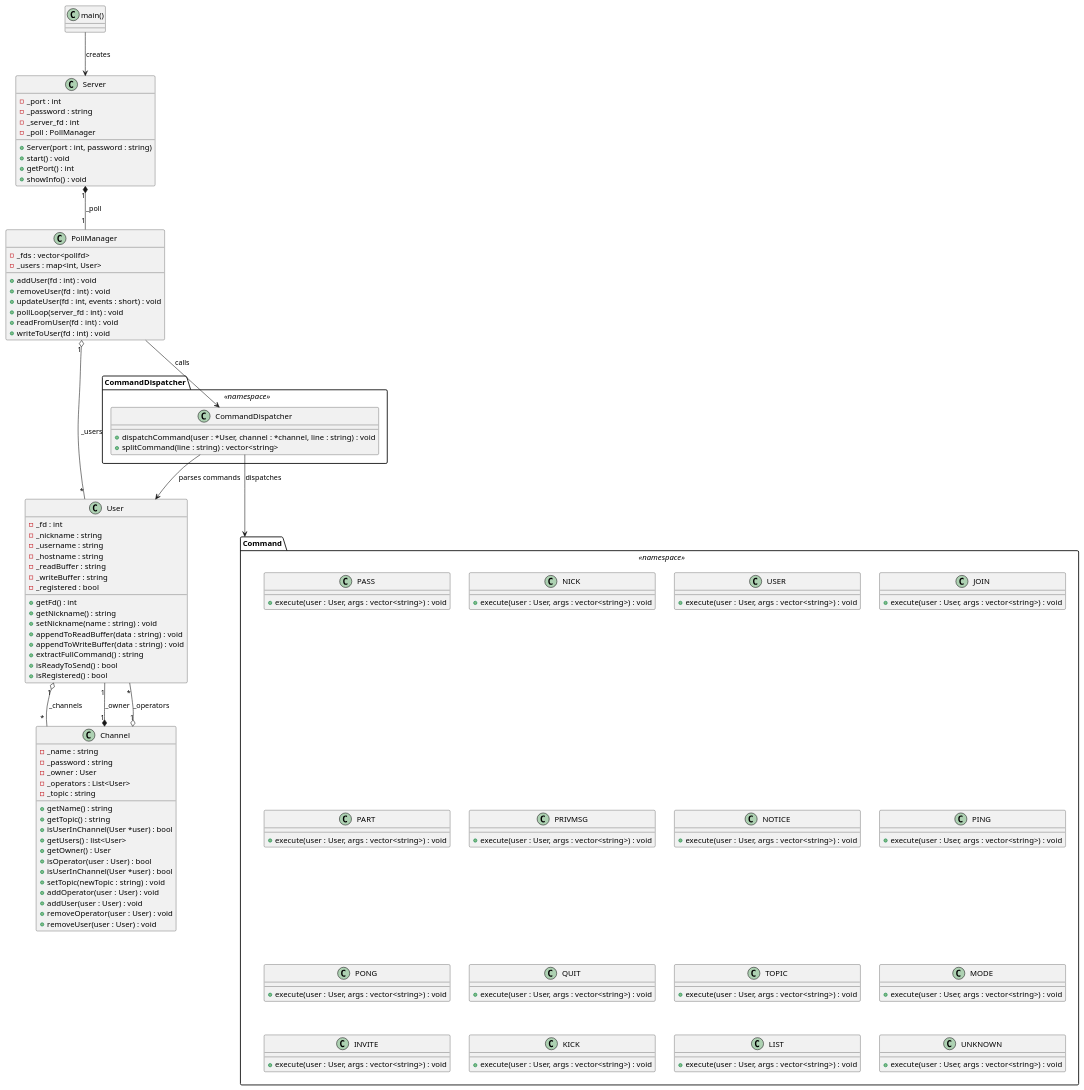
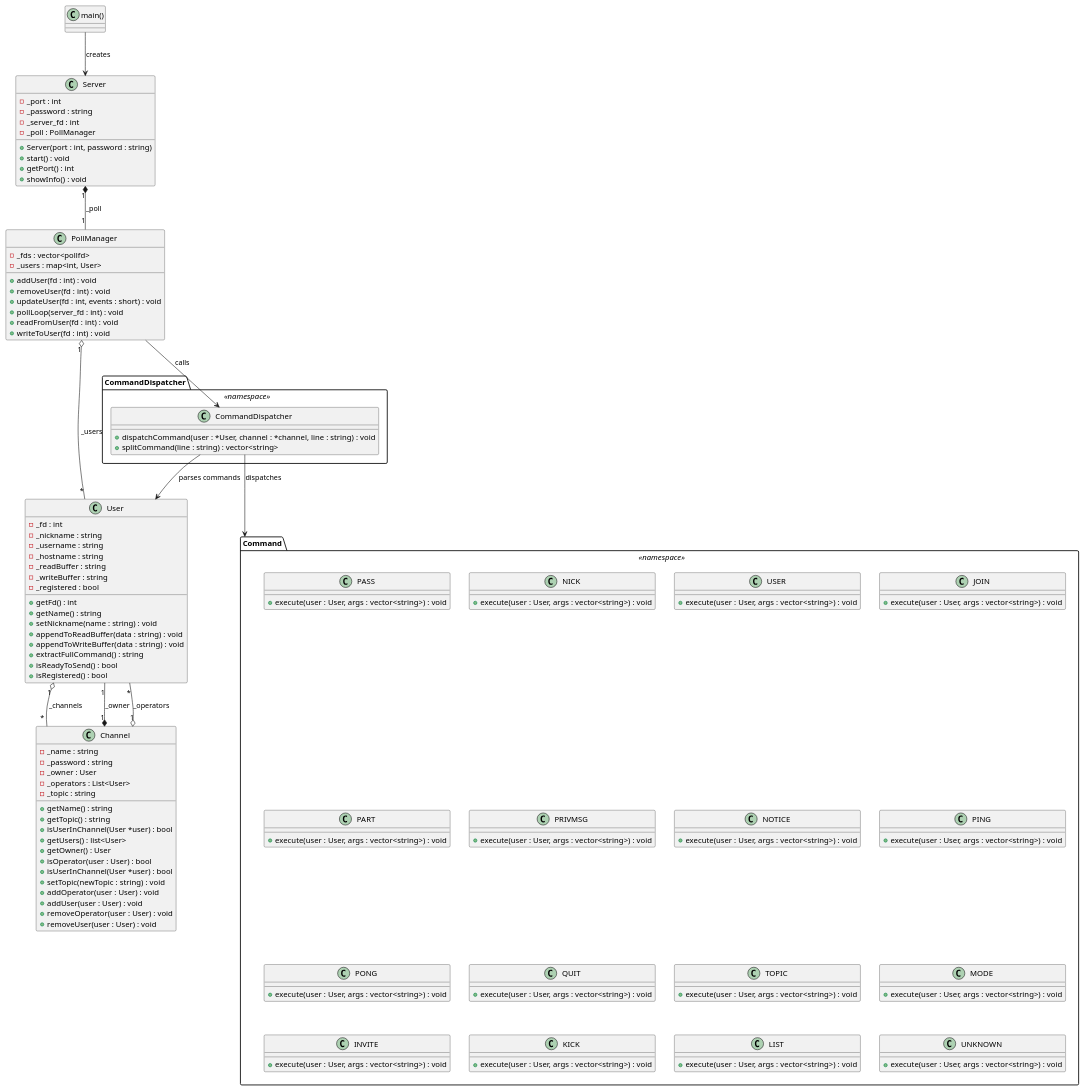
One commit to EniumRaphael/ft_irc changed the diagram in diagram.puml. Above: the diagram before and after it, drawn with PlantUML. The commit also changed 5 other files, not shown here.

Commit message:
style(user): changing the getter nickname for getName()

```diff
--- a/diagram.puml
+++ b/diagram.puml
@@ -1,161 +1,161 @@
 @startuml "IRC Server - Detailed UML"
 
 ' ========================
 '         ENTRY: main()
 ' ========================
 class "main()"
 
 ' ========================
 '         CLASS: Server
 ' ========================
 class Server {
     - _port : int
     - _password : string
     - _server_fd : int
     - _poll : PollManager
 
     + Server(port : int, password : string)
     + start() : void
     + getPort() : int
     + showInfo() : void
 }
 
 ' ============================
 '         CLASS: PollManager
 ' ============================
 class PollManager {
     - _fds : vector<pollfd>
     - _users : map<int, User>
 
     + addUser(fd : int) : void
     + removeUser(fd : int) : void
     + updateUser(fd : int, events : short) : void
     + pollLoop(server_fd : int) : void
     + readFromUser(fd : int) : void
     + writeToUser(fd : int) : void
 }
 
 ' ========================
 '         CLASS: User
 ' ========================
 class User {
     - _fd : int
     - _nickname : string
     - _username : string
     - _hostname : string
     - _readBuffer : string
     - _writeBuffer : string
     - _registered : bool
 
     + getFd() : int
-    + getNickname() : string
+    + getName() : string
     + setNickname(name : string) : void
     + appendToReadBuffer(data : string) : void
     + appendToWriteBuffer(data : string) : void
     + extractFullCommand() : string
     + isReadyToSend() : bool
     + isRegistered() : bool
 }
 
 ' ========================
 '         CLASS: Channel
 ' ========================
 class Channel {
     - _name : string
     - _password : string
     - _owner : User
     - _operators : List<User>
     - _topic : string
 
     + getName() : string
 	+ getTopic() : string
 	+ isUserInChannel(User *user) : bool
 	+ getUsers() : list<User>
 	+ getOwner() : User
     + isOperator(user : User) : bool
 	+ isUserInChannel(User *user) : bool
     + setTopic(newTopic : string) : void
     + addOperator(user : User) : void
 	+ addUser(user : User) : void
     + removeOperator(user : User) : void
 	+ removeUser(user : User) : void
 }
 
 ' ====================================
 '  NAMESPACE: CommandDispatcher (static)
 ' ====================================
 package "CommandDispatcher" <<namespace>> {
     class CommandDispatcher {
         + dispatchCommand(user : *User, channel : *channel, line : string) : void
         + splitCommand(line : string) : vector<string>
     }
 }
 
 ' =============================
 '      NAMESPACE: Command
 ' =============================
 package "Command" <<namespace>> {
     class PASS {
         + execute(user : User, args : vector<string>) : void
     }
     class NICK {
         + execute(user : User, args : vector<string>) : void
     }
     class USER {
         + execute(user : User, args : vector<string>) : void
     }
     class JOIN {
         + execute(user : User, args : vector<string>) : void
     }
     class PART {
         + execute(user : User, args : vector<string>) : void
     }
     class PRIVMSG {
         + execute(user : User, args : vector<string>) : void
     }
     class NOTICE {
         + execute(user : User, args : vector<string>) : void
     }
     class PING {
         + execute(user : User, args : vector<string>) : void
     }
     class PONG {
         + execute(user : User, args : vector<string>) : void
     }
     class QUIT {
         + execute(user : User, args : vector<string>) : void
     }
     class TOPIC {
         + execute(user : User, args : vector<string>) : void
     }
     class MODE {
         + execute(user : User, args : vector<string>) : void
     }
     class INVITE {
         + execute(user : User, args : vector<string>) : void
     }
     class KICK {
         + execute(user : User, args : vector<string>) : void
     }
     class LIST {
         + execute(user : User, args : vector<string>) : void
     }
     class UNKNOWN {
         + execute(user : User, args : vector<string>) : void
     }
 }
 
 ' ========================
 '         RELATIONS
 ' ========================
 "main()" --> Server : creates
 Server "1" *-- "1" PollManager : _poll
 PollManager "1" o-- "*" User : _users
 User "1" o-- "*" Channel : _channels
 Channel "1" *-- "1" User : _owner
 Channel "1" o-- "*" User : _operators
 PollManager --> CommandDispatcher.CommandDispatcher : calls
 CommandDispatcher.CommandDispatcher --> Command : dispatches
 CommandDispatcher.CommandDispatcher --> User : parses commands
 
 @enduml
```
